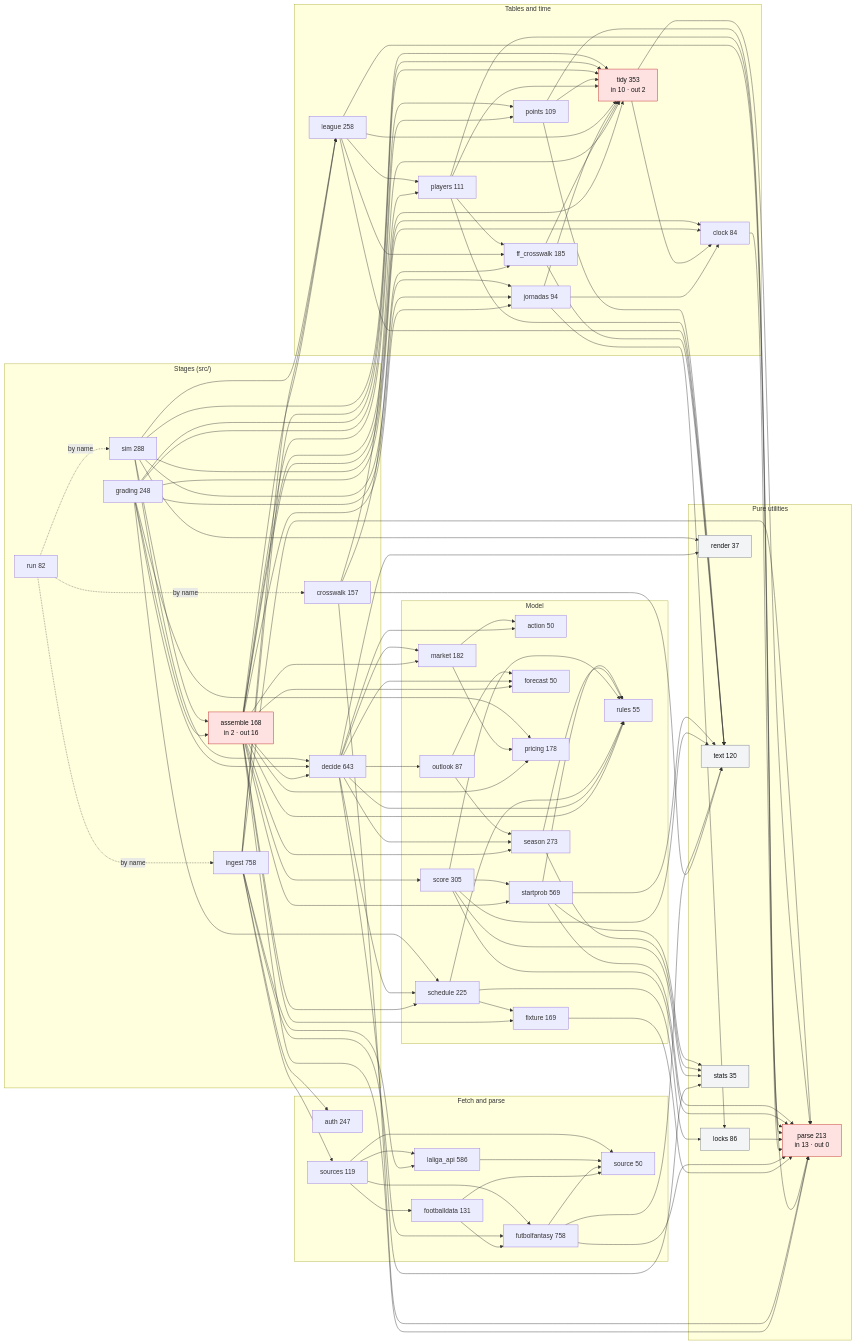
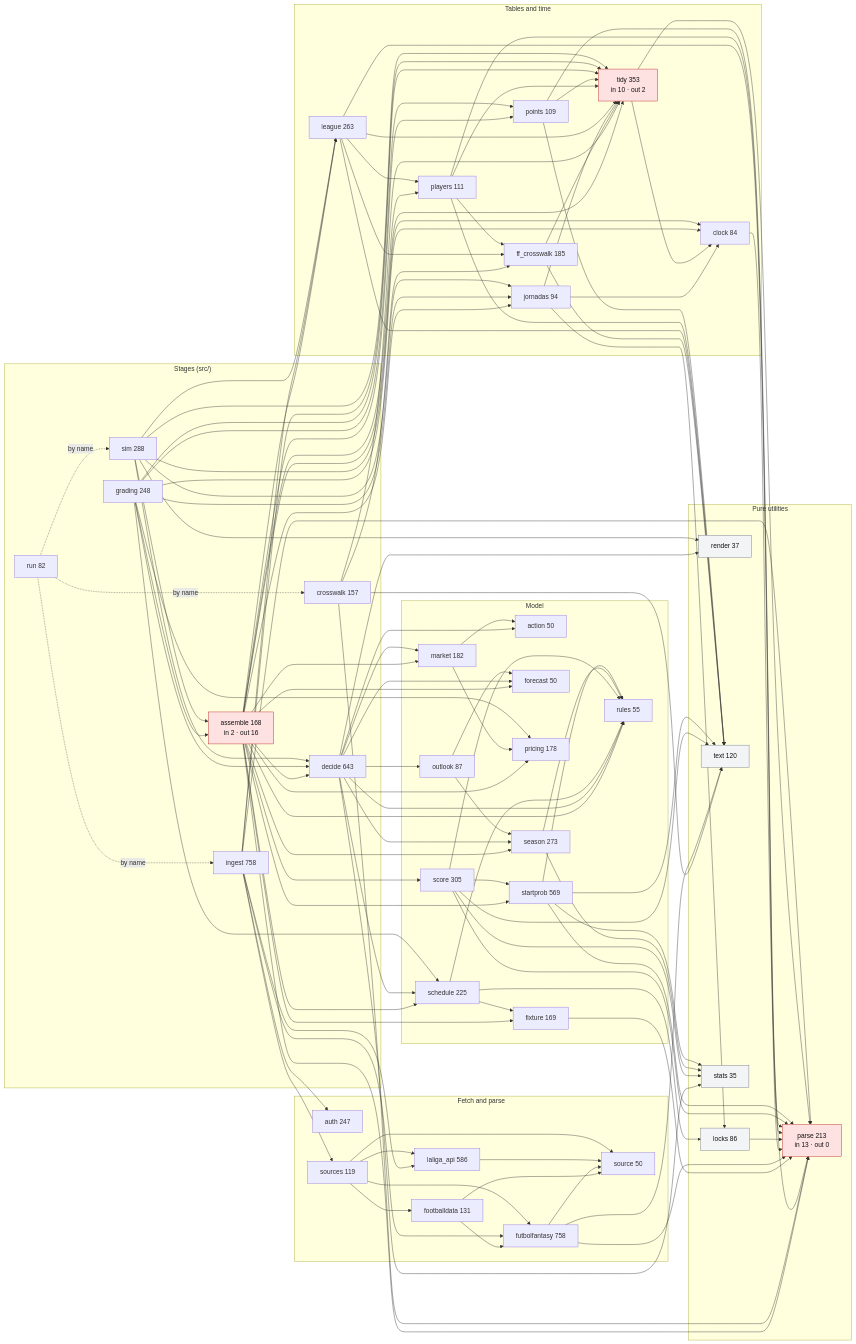
The diagram in docs/modules.mmd (OrsM/liga_five_guys), drawn with Mermaid before and after one commit. The commit also changed 2 other files, not shown here.

Commit message:
league: buyer and seller are Entry properties, defined once
Who paid for a player and who parted with him were each worked out in
two or three places: estimate_cash (PAYS/EARNS plus a transfer special
case), price_paid (PAYS) and _unrecorded_exits (sale's who, clause's
other). They are now Entry.buyer and Entry.seller; PAYS and EARNS are
gone. Every manager's cash is unchanged.

```diff
--- a/docs/modules.mmd
+++ b/docs/modules.mmd
@@ -1,153 +1,153 @@
 flowchart LR
     classDef hub fill:#fee2e2,stroke:#b91c1c,color:#111
     classDef leaf fill:#f3f4f6,stroke:#6b7280,color:#111
     subgraph stages["Stages (src/)"]
         assemble["assemble 168<br/>in 2 · out 16"]:::hub
         crosswalk["crosswalk 157"]
         decide["decide 643"]
         grading["grading 248"]
         ingest["ingest 758"]
         run["run 82"]
         sim["sim 288"]
     end
     subgraph fetch["Fetch and parse"]
         auth["auth 247"]
         footballdata["footballdata 131"]
         futbolfantasy["futbolfantasy 758"]
         laliga_api["laliga_api 586"]
         source["source 50"]
         sources["sources 119"]
     end
     subgraph data["Tables and time"]
         clock["clock 84"]
         ff_crosswalk["ff_crosswalk 185"]
         jornadas["jornadas 94"]
-        league["league 258"]
+        league["league 263"]
         players["players 111"]
         points["points 109"]
         tidy["tidy 353<br/>in 10 · out 2"]:::hub
     end
     subgraph model["Model"]
         action["action 50"]
         fixture["fixture 169"]
         forecast["forecast 50"]
         market["market 182"]
         outlook["outlook 87"]
         pricing["pricing 178"]
         rules["rules 55"]
         schedule["schedule 225"]
         score["score 305"]
         season["season 273"]
         startprob["startprob 569"]
     end
     subgraph util["Pure utilities"]
         locks["locks 86"]:::leaf
         parse["parse 213<br/>in 13 · out 0"]:::hub
         render["render 37"]:::leaf
         text["text 120"]:::leaf
         stats["stats 35"]:::leaf
     end
     run -. "by name" .-> ingest
     run -. "by name" .-> crosswalk
     run -. "by name" .-> sim
     assemble --> decide
     assemble --> fixture
     assemble --> forecast
     assemble --> jornadas
     assemble --> league
     assemble --> market
     assemble --> parse
     assemble --> players
     assemble --> points
     assemble --> pricing
     assemble --> rules
     assemble --> schedule
     assemble --> score
     assemble --> season
     assemble --> startprob
     assemble --> tidy
     crosswalk --> ff_crosswalk
     crosswalk --> parse
     crosswalk --> text
     crosswalk --> tidy
     decide --> action
     decide --> forecast
     decide --> market
     decide --> outlook
     decide --> render
     decide --> rules
     decide --> schedule
     decide --> season
     decide --> stats
     clock --> parse
     ff_crosswalk --> text
     ff_crosswalk --> tidy
     fixture --> parse
     footballdata --> futbolfantasy
     footballdata --> source
     futbolfantasy --> parse
     futbolfantasy --> source
     futbolfantasy --> text
     jornadas --> clock
     jornadas --> locks
     jornadas --> tidy
     laliga_api --> source
     league --> ff_crosswalk
     league --> parse
     league --> players
     league --> text
     league --> tidy
     locks --> parse
     market --> action
     market --> pricing
     outlook --> forecast
     outlook --> season
     players --> ff_crosswalk
     players --> parse
     players --> text
     players --> tidy
     points --> parse
     points --> text
     points --> tidy
     schedule --> fixture
     schedule --> locks
     schedule --> rules
     score --> parse
     score --> rules
     score --> startprob
     score --> text
     score --> stats
     season --> rules
     season --> stats
     startprob --> parse
     startprob --> rules
     startprob --> text
     startprob --> stats
     tidy --> clock
     tidy --> parse
     grading --> assemble
     grading --> decide
     grading --> clock
     grading --> jornadas
     grading --> points
     grading --> pricing
     grading --> schedule
     grading --> tidy
     ingest --> auth
     ingest --> futbolfantasy
     ingest --> laliga_api
     ingest --> league
     ingest --> parse
     ingest --> tidy
     ingest --> sources
     sim --> assemble
     sim --> decide
     sim --> clock
     sim --> jornadas
     sim --> league
     sim --> render
     sim --> tidy
     sources --> footballdata
     sources --> futbolfantasy
     sources --> laliga_api
     sources --> source
```
